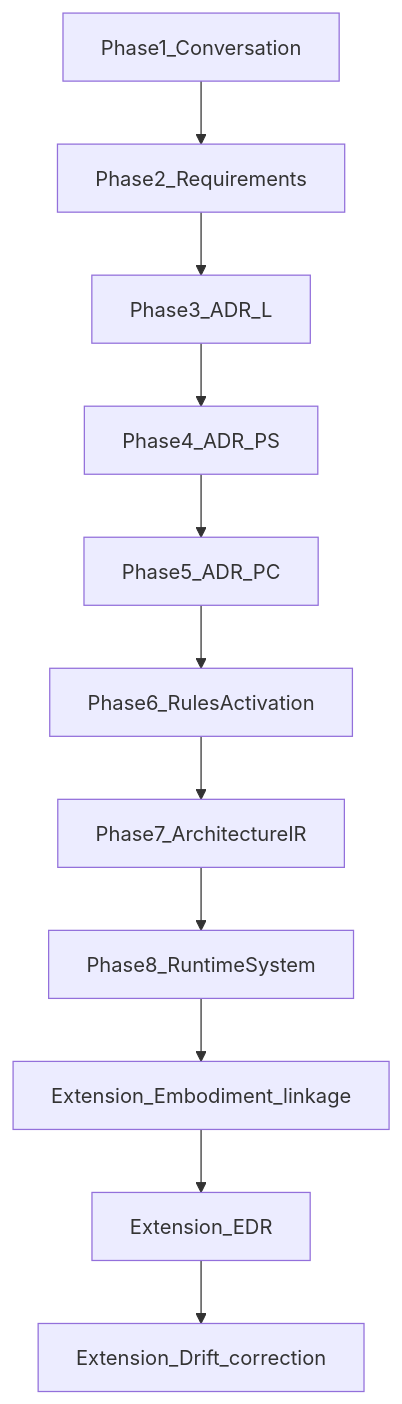
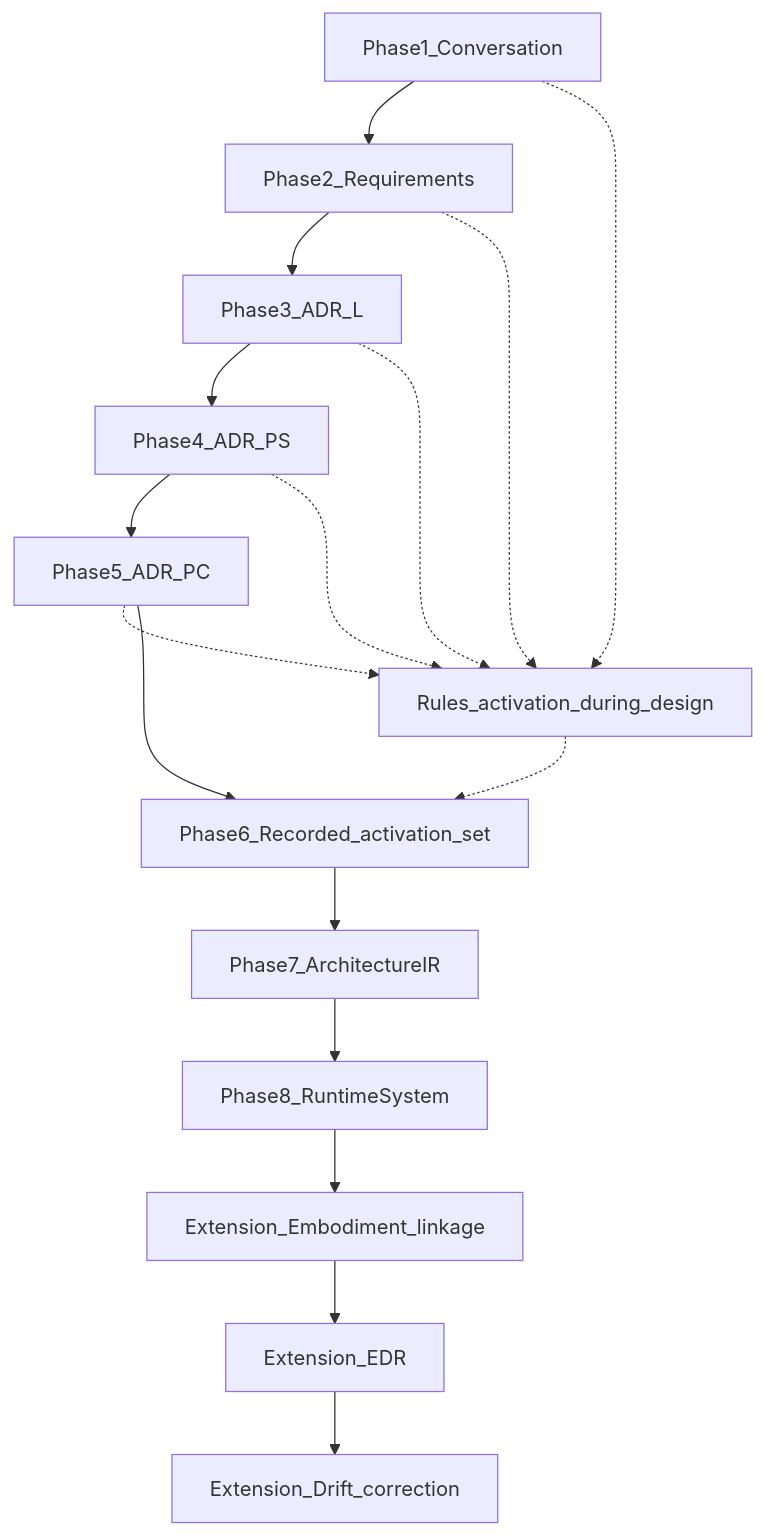
The diagram in 11-examples/00-overview.md (egallmann/ste-handbook), drawn with Mermaid before and after one commit. The commit also changed other lines of this file and 1 other file, not shown here.

Commit message:
docs(handbook): rules activation spans design phases in Part 11
Clarify that governance signals accrue during Phases 1-5; walkthrough
Phase 6 records activation explicitly. Update pipeline diagram and align
03-adr-to-architecture-ir prose.

Made-with: Cursor

````diff
--- a/11-examples/00-overview.md
+++ b/11-examples/00-overview.md
@@ -74,16 +76,25 @@
 ```mermaid
 flowchart TB
   p1[Phase1_Conversation]
   p2[Phase2_Requirements]
   p3[Phase3_ADR_L]
   p4[Phase4_ADR_PS]
   p5[Phase5_ADR_PC]
-  p6[Phase6_RulesActivation]
+  ra[Rules_activation_during_design]
+  p6[Phase6_Recorded_activation_set]
   p7[Phase7_ArchitectureIR]
   p8[Phase8_RuntimeSystem]
   e1[Extension_Embodiment_linkage]
   e2[Extension_EDR]
   e3[Extension_Drift_correction]
-  p1 --> p2 --> p3 --> p4 --> p5 --> p6 --> p7 --> p8
+  p1 --> p2 --> p3 --> p4 --> p5
+  p1 -.-> ra
+  p2 -.-> ra
+  p3 -.-> ra
+  p4 -.-> ra
+  p5 -.-> ra
+  p5 --> p6
+  ra -.-> p6
+  p6 --> p7 --> p8
   p8 --> e1 --> e2 --> e3
 ```
````
